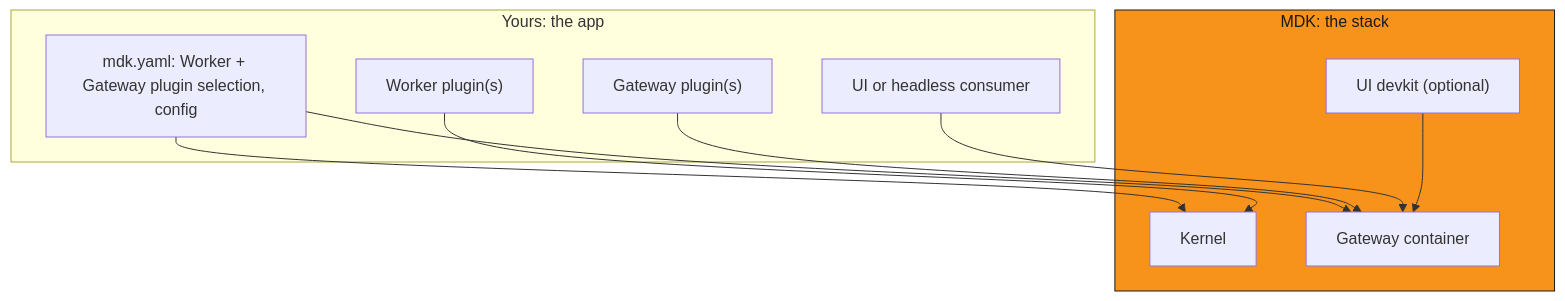
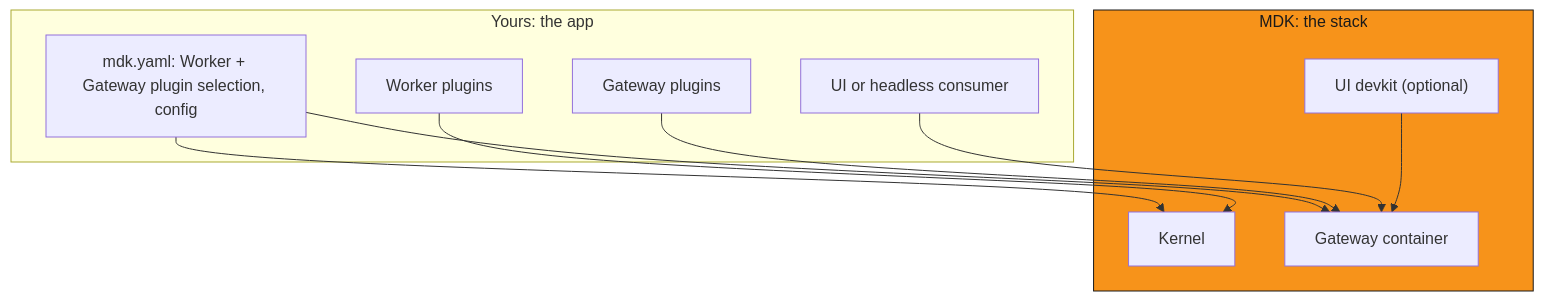
The diagram in docs/concepts/whats-an-app.md (tekwani/mdk), drawn with Mermaid before and after one commit. The commit also changed other lines of this file and 629 other files, not shown here.

````diff
--- a/docs/concepts/whats-an-app.md
+++ b/docs/concepts/whats-an-app.md
@@ -14,24 +14,24 @@
 ```mermaid
 flowchart TB
     subgraph reused ["MDK: the stack"]
         Kernel["Kernel"]
         Gateway["Gateway container"]
         Devkit["UI devkit (optional)"]
     end
 
     subgraph yours ["Yours: the app"]
         Spec["mdk.yaml: Worker + Gateway plugin selection, config"]
-        WP["Worker plugin(s)"]
-        GP["Gateway plugin(s)"]
+        WP["Worker plugins"]
+        GP["Gateway plugins"]
         UI["UI or headless consumer"]
     end
 
     Spec --> Kernel
     Spec --> Gateway
     WP --> Kernel
     GP --> Gateway
     UI --> Gateway
     Devkit --> Gateway
 
     style reused fill:#F7931A,stroke:#1A1A1A,color:#1A1A1A
 ```
````
